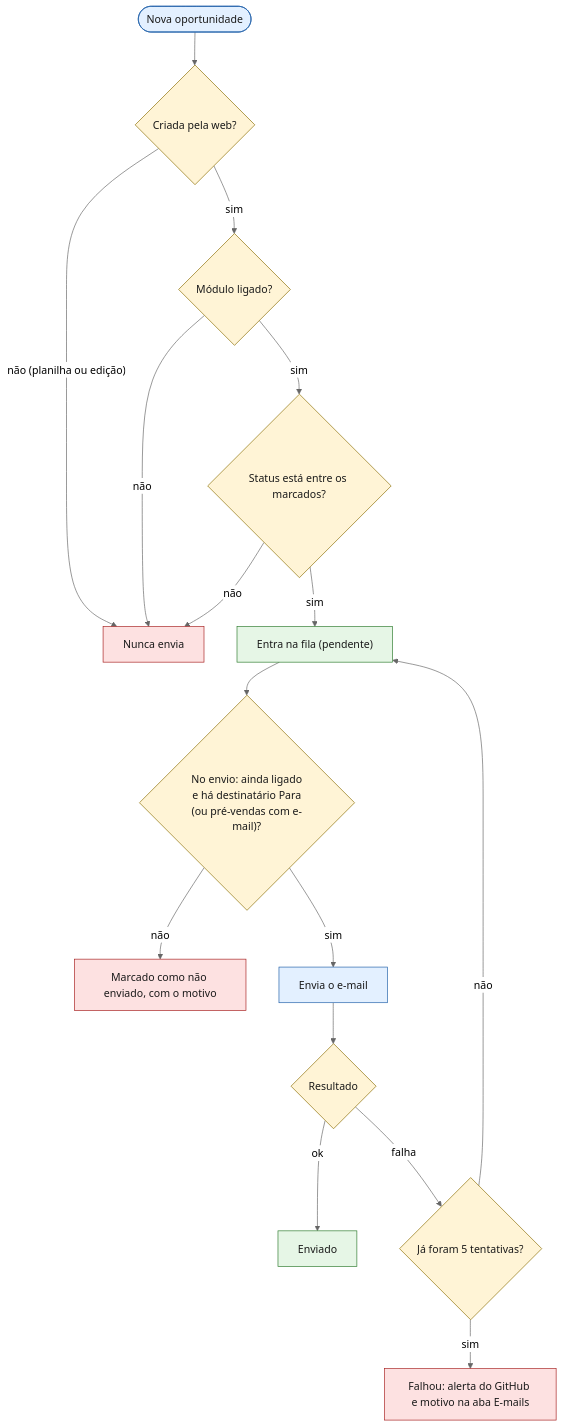
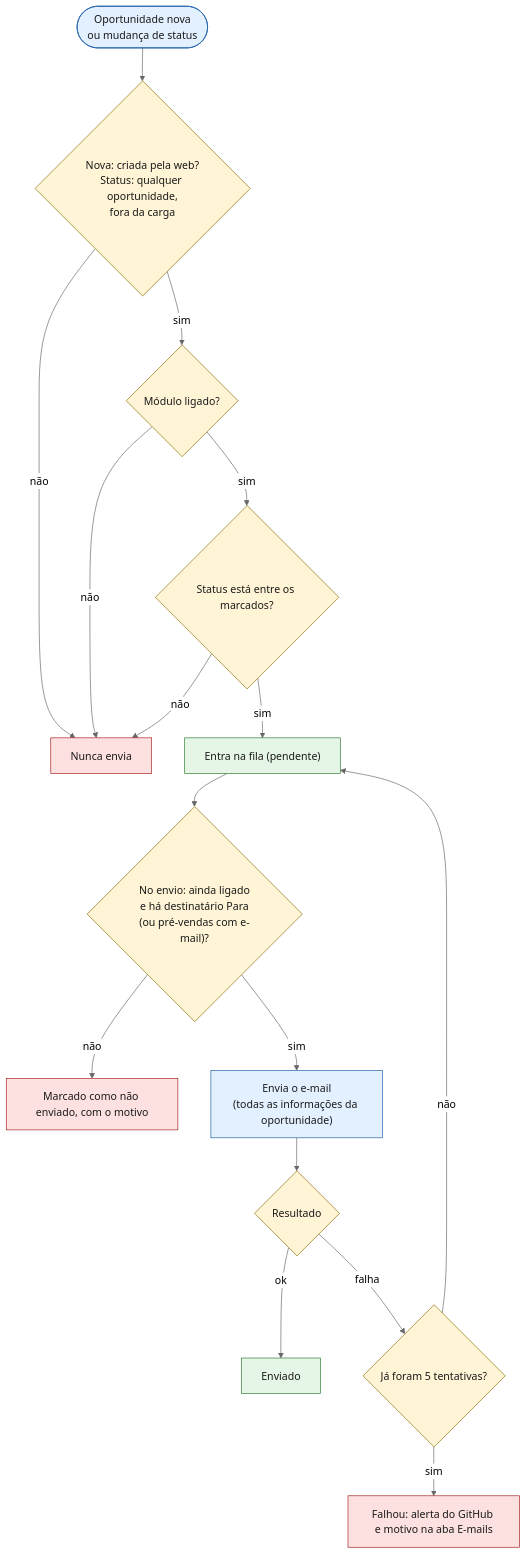
Diagram 17 of 22 in docs/DIAGRAMAS.md (agentanalisedegoverno-svg/dashboard-metrics-team), drawn with Mermaid (neutral theme) before and after one commit. The commit also changed other lines of this file and 23 other files, not shown here.

Commit message:
docs: atualizar arquitetura, diagramas (D1 a D19, SVG) e documentos ao estado de 28/10/2026

````diff
--- a/docs/DIAGRAMAS.md
+++ b/docs/DIAGRAMAS.md
@@ -650,23 +640,23 @@
 ```mermaid
 flowchart TB
   classDef passo fill:#e3f0ff,stroke:#1f5fa8,color:#1a1a1a
   classDef decisao fill:#fff4d6,stroke:#8a6d00,color:#1a1a1a
   classDef erro fill:#fde1e1,stroke:#a61f1f,color:#1a1a1a
   classDef ok fill:#e6f6e6,stroke:#2d7a2d,color:#1a1a1a
 
-  N(["Nova oportunidade"]):::passo --> W{"Criada pela web?"}:::decisao
-  W -->|"não (planilha ou edição)"| X1["Nunca envia"]:::erro
+  N(["Oportunidade nova<br/>ou mudança de status"]):::passo --> W{"Nova: criada pela web?<br/>Status: qualquer oportunidade,<br/>fora da carga"}:::decisao
+  W -->|"não"| X1["Nunca envia"]:::erro
   W -->|"sim"| L{"Módulo ligado?"}:::decisao
   L -->|"não"| X1
   L -->|"sim"| ST{"Status está entre os marcados?"}:::decisao
   ST -->|"não"| X1
   ST -->|"sim"| Q["Entra na fila (pendente)"]:::ok
   Q --> E{"No envio: ainda ligado<br/>e há destinatário Para<br/>(ou pré-vendas com e-mail)?"}:::decisao
   E -->|"não"| IG["Marcado como não enviado, com o motivo"]:::erro
-  E -->|"sim"| ENV["Envia o e-mail"]:::passo
+  E -->|"sim"| ENV["Envia o e-mail<br/>(todas as informações da oportunidade)"]:::passo
   ENV --> R{"Resultado"}:::decisao
   R -->|"ok"| OK["Enviado"]:::ok
   R -->|"falha"| T{"Já foram 5 tentativas?"}:::decisao
   T -->|"não"| Q
   T -->|"sim"| F["Falhou: alerta do GitHub e motivo na aba E-mails"]:::erro
 ```
````
